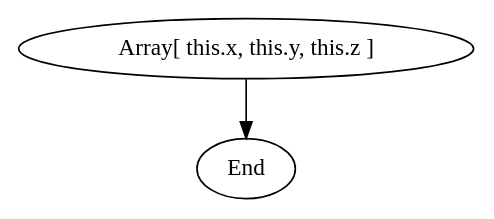
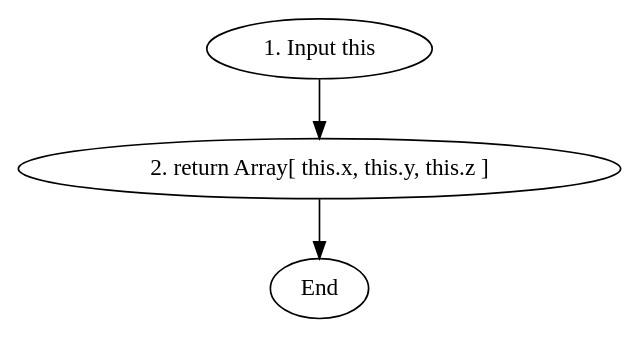
The diagram in test_graphs/scripts/vector/asArray.dot (drakexcaptainop/p5t), drawn with Graphviz before and after one commit. The commit also changed 30 other files, not shown here.

```diff
--- a/test_graphs/scripts/vector/asArray.dot
+++ b/test_graphs/scripts/vector/asArray.dot
@@ -1,4 +1,5 @@
 digraph G {
-    B [label="Array[ this.x, this.y, this.z ]"]
-    B -> End
+    INP [label="1. Input this"]
+    B [label="2. return Array[ this.x, this.y, this.z ]"]
+    INP ->B -> End
 }
```
